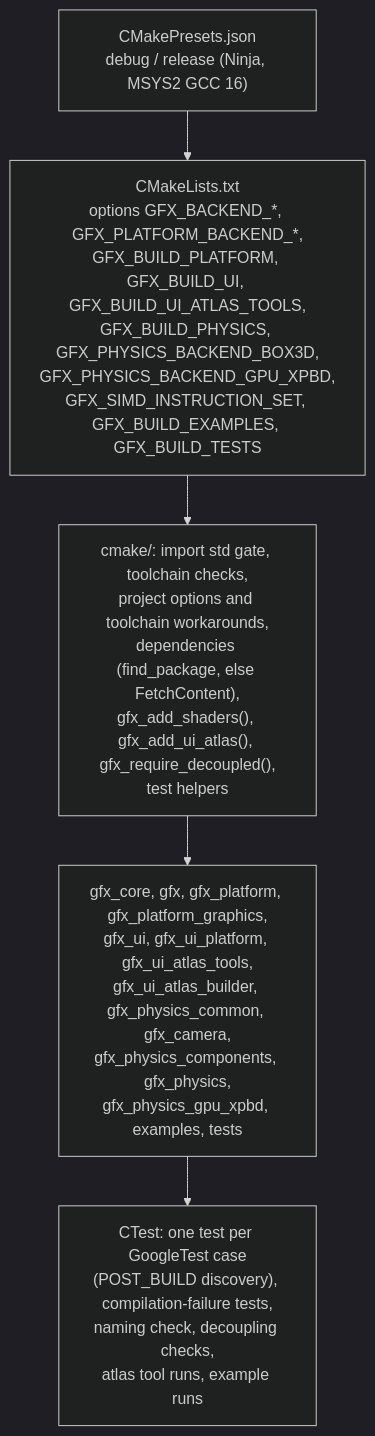
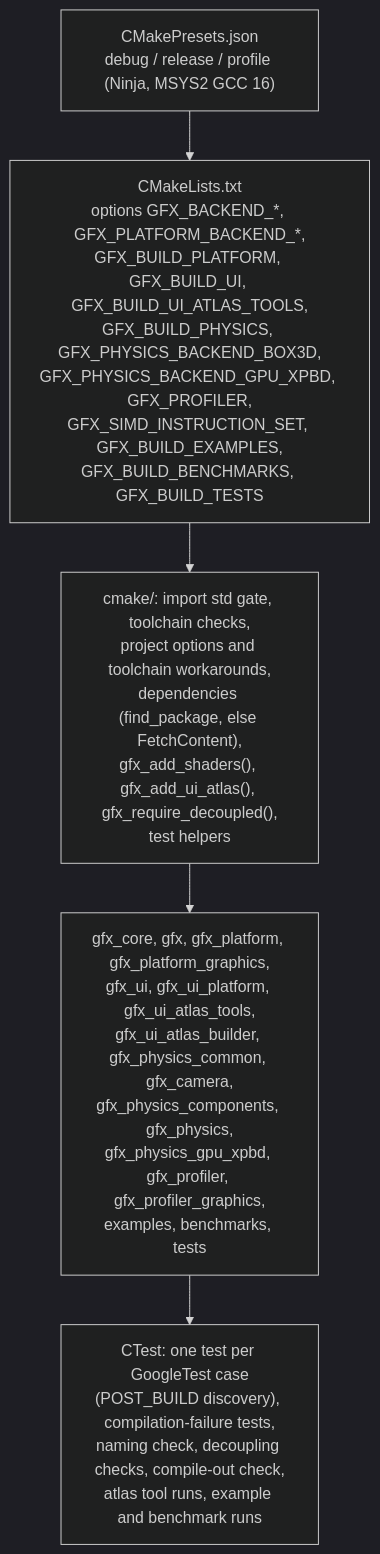
One commit to bueno-mhc/gfx changed diagram 41 of 41 in docs/architecture.md. Above: the diagram before and after it, drawn with Mermaid (dark theme). The commit also changed other lines of this file and 23 other files, not shown here.

````diff
--- a/docs/architecture.md
+++ b/docs/architecture.md
@@ -1557,7 +1704,7 @@
 ```mermaid
 flowchart TB
-    presets["CMakePresets.json<br/>debug / release (Ninja, MSYS2 GCC 16)"] --> configure["CMakeLists.txt<br/>options GFX_BACKEND_*, GFX_PLATFORM_BACKEND_*,<br/>GFX_BUILD_PLATFORM, GFX_BUILD_UI, GFX_BUILD_UI_ATLAS_TOOLS,<br/>GFX_BUILD_PHYSICS, GFX_PHYSICS_BACKEND_BOX3D,<br/>GFX_PHYSICS_BACKEND_GPU_XPBD,<br/>GFX_SIMD_INSTRUCTION_SET, GFX_BUILD_EXAMPLES, GFX_BUILD_TESTS"]
+    presets["CMakePresets.json<br/>debug / release / profile (Ninja, MSYS2 GCC 16)"] --> configure["CMakeLists.txt<br/>options GFX_BACKEND_*, GFX_PLATFORM_BACKEND_*,<br/>GFX_BUILD_PLATFORM, GFX_BUILD_UI, GFX_BUILD_UI_ATLAS_TOOLS,<br/>GFX_BUILD_PHYSICS, GFX_PHYSICS_BACKEND_BOX3D,<br/>GFX_PHYSICS_BACKEND_GPU_XPBD, GFX_PROFILER,<br/>GFX_SIMD_INSTRUCTION_SET, GFX_BUILD_EXAMPLES,<br/>GFX_BUILD_BENCHMARKS, GFX_BUILD_TESTS"]
     configure --> modules["cmake/: import std gate, toolchain checks,<br/>project options and toolchain workarounds,<br/>dependencies (find_package, else FetchContent),<br/>gfx_add_shaders(), gfx_add_ui_atlas(), gfx_require_decoupled(),<br/>test helpers"]
-    modules --> targets["gfx_core, gfx, gfx_platform, gfx_platform_graphics,<br/>gfx_ui, gfx_ui_platform, gfx_ui_atlas_tools,<br/>gfx_ui_atlas_builder, gfx_physics_common, gfx_camera,<br/>gfx_physics_components, gfx_physics,<br/>gfx_physics_gpu_xpbd, examples, tests"]
-    targets --> ctest["CTest: one test per GoogleTest case<br/>(POST_BUILD discovery), compilation-failure tests,<br/>naming check, decoupling checks,<br/>atlas tool runs, example runs"]
+    modules --> targets["gfx_core, gfx, gfx_platform, gfx_platform_graphics,<br/>gfx_ui, gfx_ui_platform, gfx_ui_atlas_tools,<br/>gfx_ui_atlas_builder, gfx_physics_common, gfx_camera,<br/>gfx_physics_components, gfx_physics,<br/>gfx_physics_gpu_xpbd, gfx_profiler, gfx_profiler_graphics,<br/>examples, benchmarks, tests"]
+    targets --> ctest["CTest: one test per GoogleTest case<br/>(POST_BUILD discovery), compilation-failure tests,<br/>naming check, decoupling checks, compile-out check,<br/>atlas tool runs, example and benchmark runs"]
 ```
````
